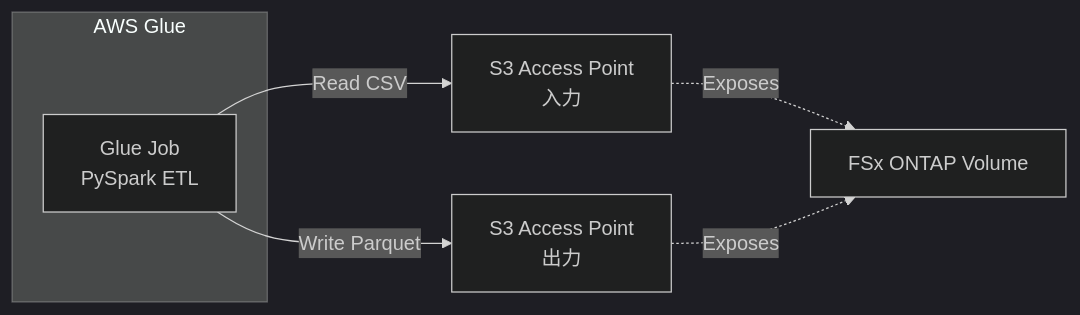
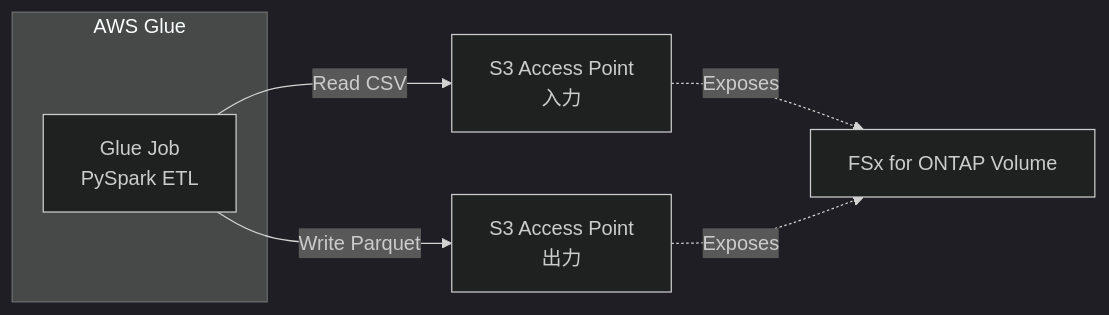
One commit to Yoshiki0705/FSx-for-ONTAP-S3AccessPoints-Serverless-Patterns changed the diagram in manufacturing-analytics/glue-etl/README.md. Above: the diagram before and after it, drawn with Mermaid (dark theme). The commit also changed other lines of this file and 752 other files, not shown here.

````diff
--- a/manufacturing-analytics/glue-etl/README.md
+++ b/manufacturing-analytics/glue-etl/README.md
@@ -22,11 +22,11 @@
 ```mermaid
 graph LR
     subgraph "AWS Glue"
         GJ[Glue Job<br/>PySpark ETL]
     end
 
     GJ -->|Read CSV| S3AP_IN[S3 Access Point<br/>入力]
     GJ -->|Write Parquet| S3AP_OUT[S3 Access Point<br/>出力]
-    S3AP_IN -.->|Exposes| FSXN[FSx ONTAP Volume]
+    S3AP_IN -.->|Exposes| FSXN[FSx for ONTAP Volume]
     S3AP_OUT -.->|Exposes| FSXN
 ```
````
